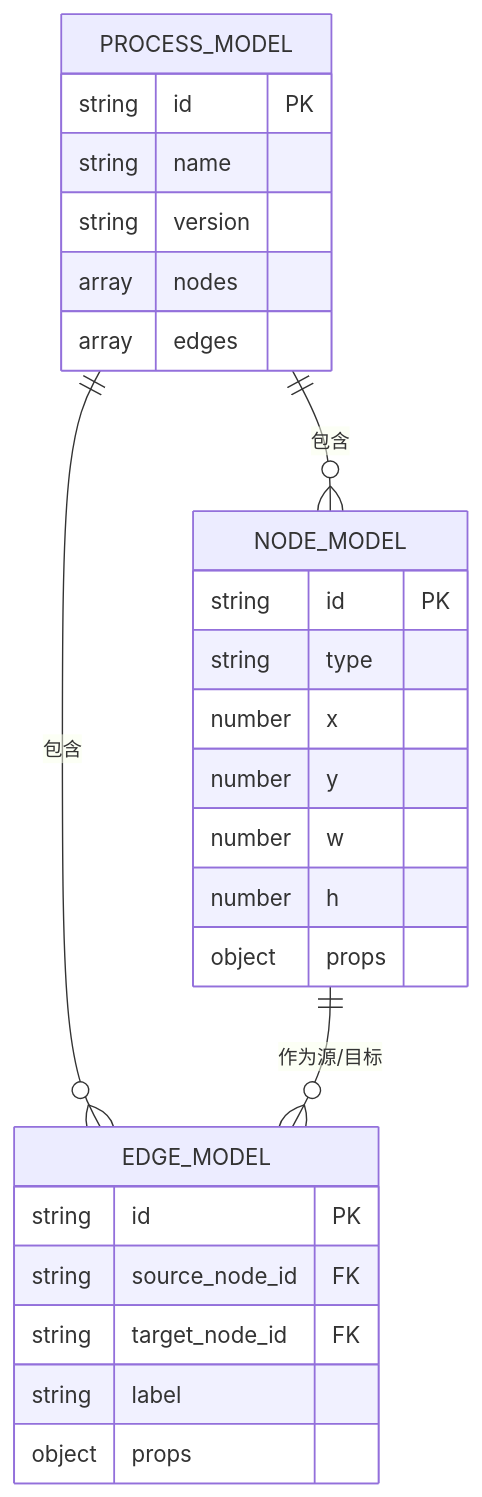
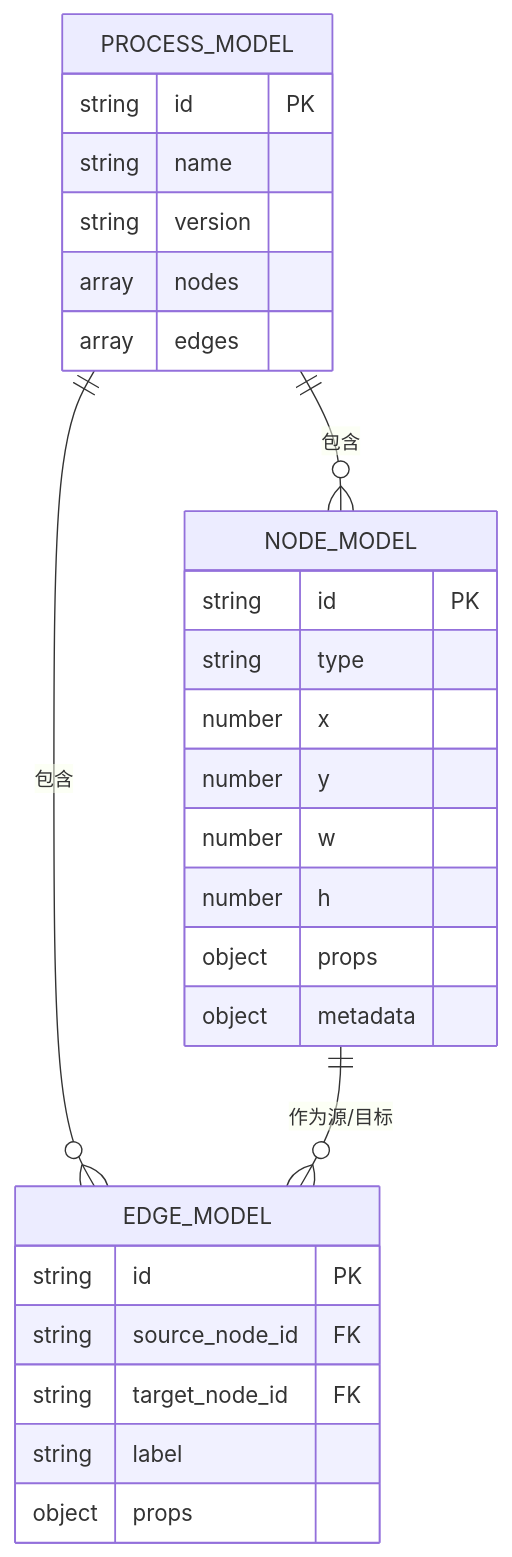
The eighth of 9 diagrams in .qoder/repowiki/zh/content/用户界面设计/流程设计器核心/流程设计器核心.md (liming-lihaini/workflow), drawn with Mermaid before and after one commit. The commit also changed other lines of this file and 29 other files, not shown here.

````diff
--- a/.qoder/repowiki/zh/content/用户界面设计/流程设计器核心/流程设计器核心.md
+++ b/.qoder/repowiki/zh/content/用户界面设计/流程设计器核心/流程设计器核心.md
@@ -288,29 +313,30 @@
 ```mermaid
 erDiagram
 PROCESS_MODEL {
 string id PK
 string name
 string version
 array nodes
 array edges
 }
 NODE_MODEL {
 string id PK
 string type
 number x
 number y
 number w
 number h
 object props
+object metadata
 }
 EDGE_MODEL {
 string id PK
 string source_node_id FK
 string target_node_id FK
 string label
 object props
 }
 PROCESS_MODEL ||--o{ NODE_MODEL : "包含"
 PROCESS_MODEL ||--o{ EDGE_MODEL : "包含"
 NODE_MODEL ||--o{ EDGE_MODEL : "作为源/目标"
 ```
````
